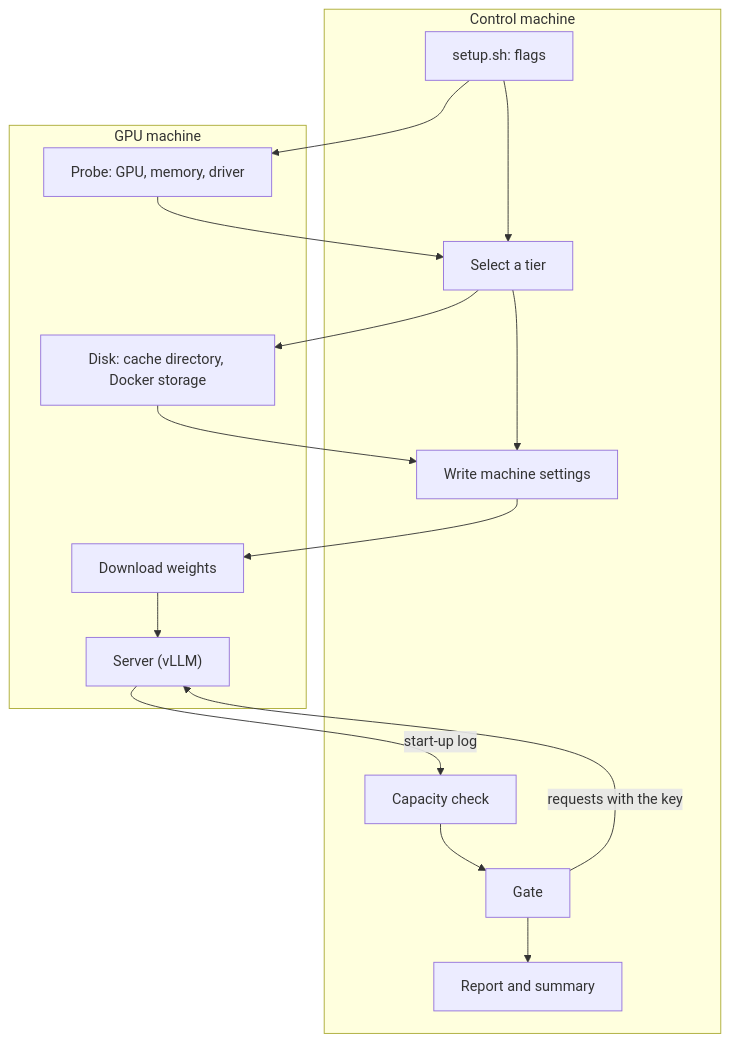
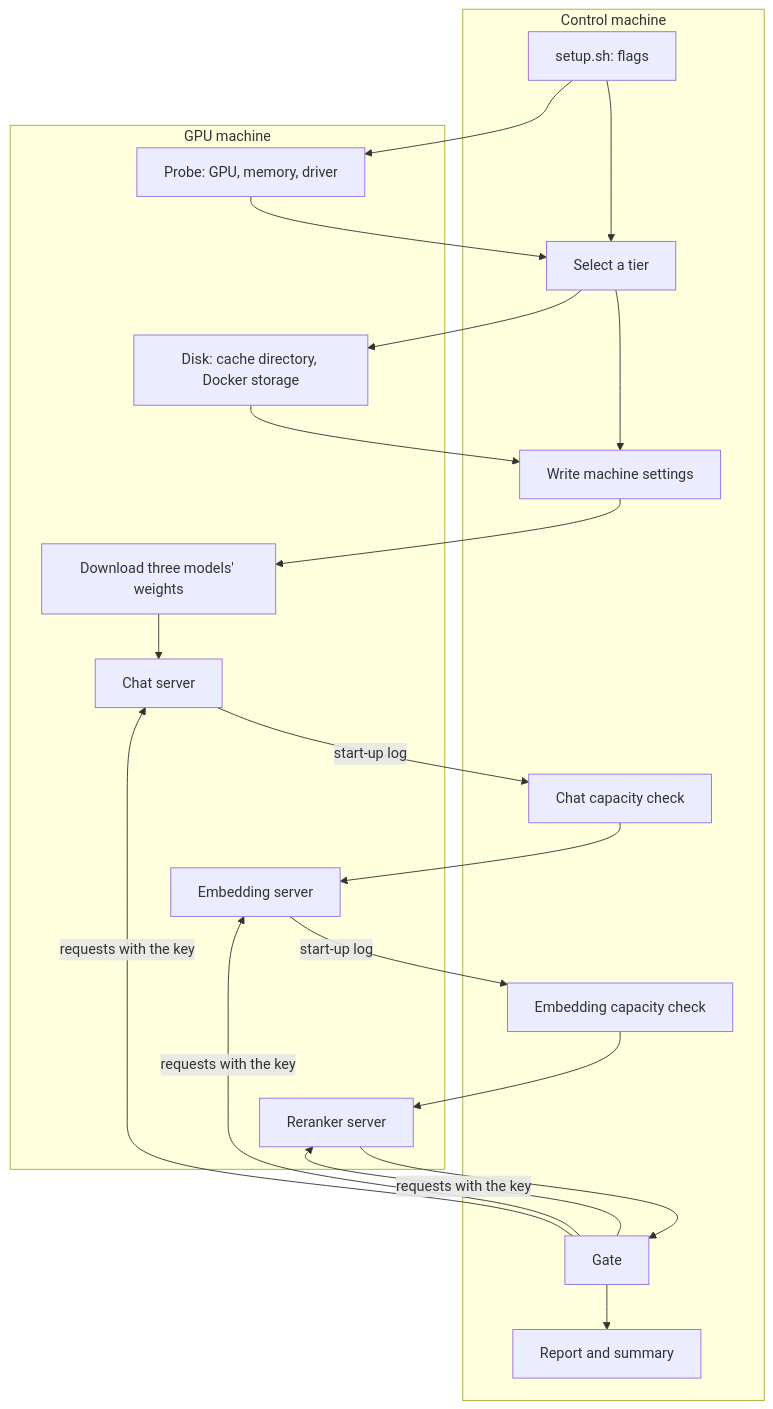
The diagram in docs/architecture/model-server.md (AndrewPHunter/ai-on-aws), drawn with Mermaid before and after one commit. The commit also changed other lines of this file and 37 other files, not shown here.

First line of the commit message:
Model server: an embedding model and a reranker run beside the chat model

````diff
--- a/docs/architecture/model-server.md
+++ b/docs/architecture/model-server.md
@@ -20,20 +31,29 @@
 ```mermaid
 flowchart TD
     subgraph Control["Control machine"]
         A["setup.sh: flags"] --> S["Select a tier"]
         S --> W["Write machine settings"]
-        C["Capacity check"] --> G["Gate"]
-        G --> R["Report and summary"]
+        C["Chat capacity check"]
+        E["Embedding capacity check"]
+        G["Gate"] --> R["Report and summary"]
     end
     subgraph GPU["GPU machine"]
         P["Probe: GPU, memory, driver"]
         D["Disk: cache directory, Docker storage"]
-        DL["Download weights"]
-        V["Server (vLLM)"]
+        DL["Download three models' weights"]
+        V["Chat server"]
+        VE["Embedding server"]
+        VR["Reranker server"]
     end
     A --> P --> S
     S --> D --> W
     W --> DL --> V
     V -- "start-up log" --> C
+    C --> VE
+    VE -- "start-up log" --> E
+    E --> VR
+    VR --> G
     G -- "requests with the key" --> V
+    G -- "requests with the key" --> VE
+    G -- "requests with the key" --> VR
 ```
````
